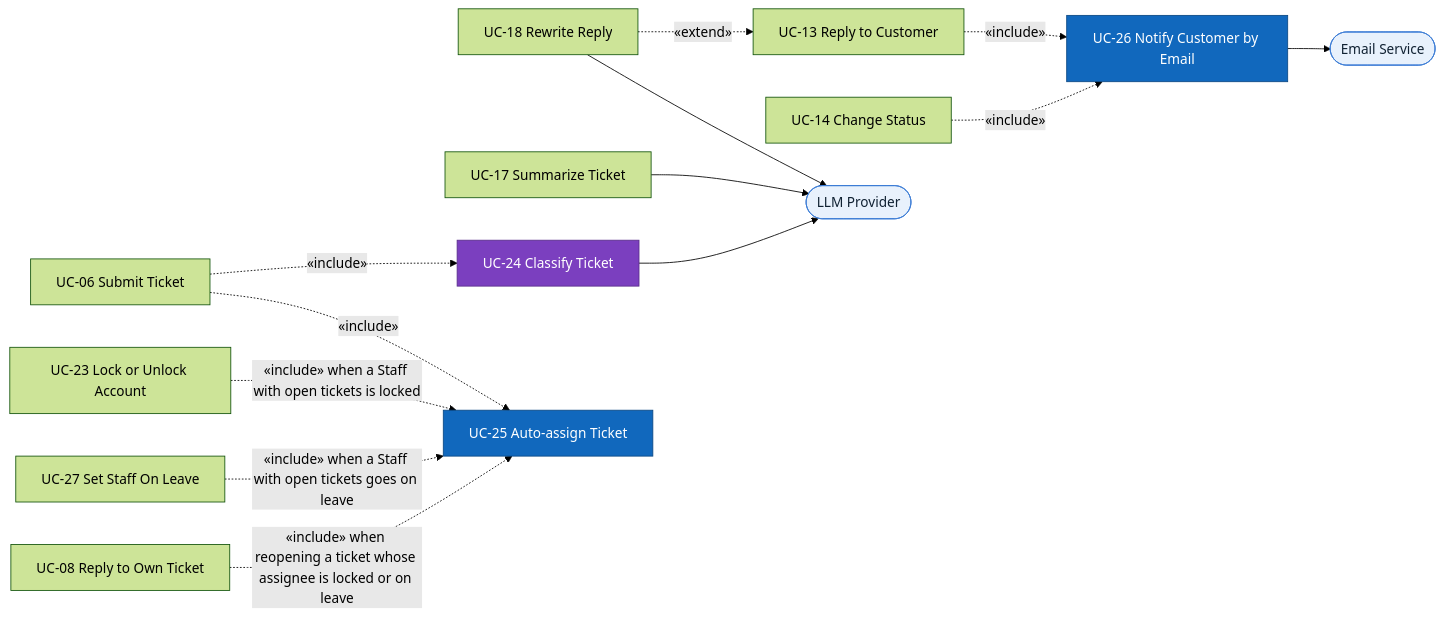
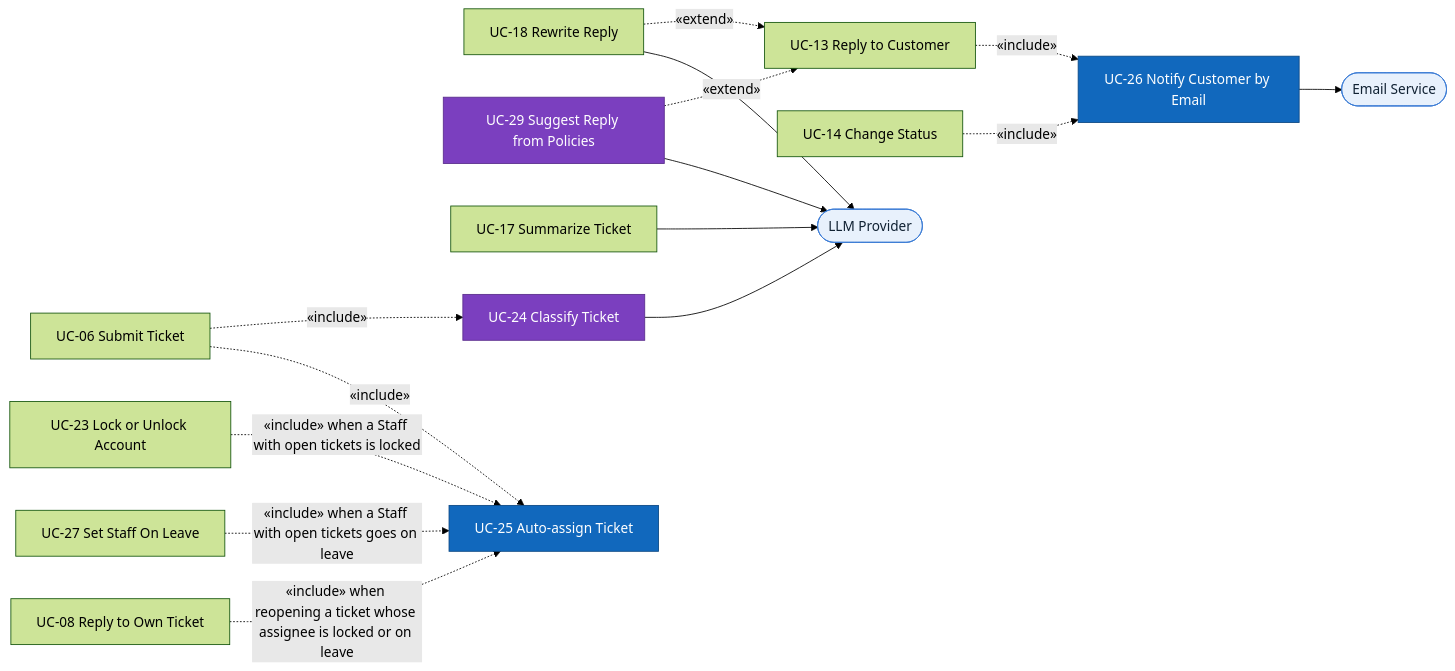
Before and after one commit to minhtuann1102/HelpdeskAI: the second of 2 diagrams in docs/02-usecases-userstories/01-use-cases.md, drawn with Mermaid (forest theme). The commit also changed other lines of this file and 8 other files, not shown here.

````diff
--- a/docs/02-usecases-userstories/01-use-cases.md
+++ b/docs/02-usecases-userstories/01-use-cases.md
@@ -131,34 +135,37 @@
 ```mermaid
 flowchart LR
     submit["UC-06 Submit Ticket"]
     reply["UC-08 Reply to Own Ticket"]
     lock["UC-23 Lock or Unlock Account"]
     leave["UC-27 Set Staff On Leave"]
     rewrite["UC-18 Rewrite Reply"]
+    suggest["UC-29 Suggest Reply from Policies"]:::ai
     staffReply["UC-13 Reply to Customer"]
     changeStatus["UC-14 Change Status"]
     summarize["UC-17 Summarize Ticket"]
     classify["UC-24 Classify Ticket"]:::ai
     assign["UC-25 Auto-assign Ticket"]:::shared
     notify["UC-26 Notify Customer by Email"]:::shared
     llm(["LLM Provider"]):::external
     email(["Email Service"]):::external
 
     submit -.->|"«include»"| classify
     submit -.->|"«include»"| assign
     lock -.->|"«include» when a Staff with open tickets is locked"| assign
     leave -.->|"«include» when a Staff with open tickets goes on leave"| assign
     reply -.->|"«include» when reopening a ticket whose assignee is locked or on leave"| assign
     rewrite -.->|"«extend»"| staffReply
+    suggest -.->|"«extend»"| staffReply
     staffReply -.->|"«include»"| notify
     changeStatus -.->|"«include»"| notify
 
     classify --> llm
     summarize --> llm
     rewrite --> llm
+    suggest --> llm
     notify --> email
 
     classDef shared fill:#1168bd,color:#fff,stroke:#0b4884
     classDef ai fill:#7b3fbf,color:#fff,stroke:#5a2d8c
     classDef external fill:#e8f1fc,color:#123,stroke:#3a7bd5
 ```
````
